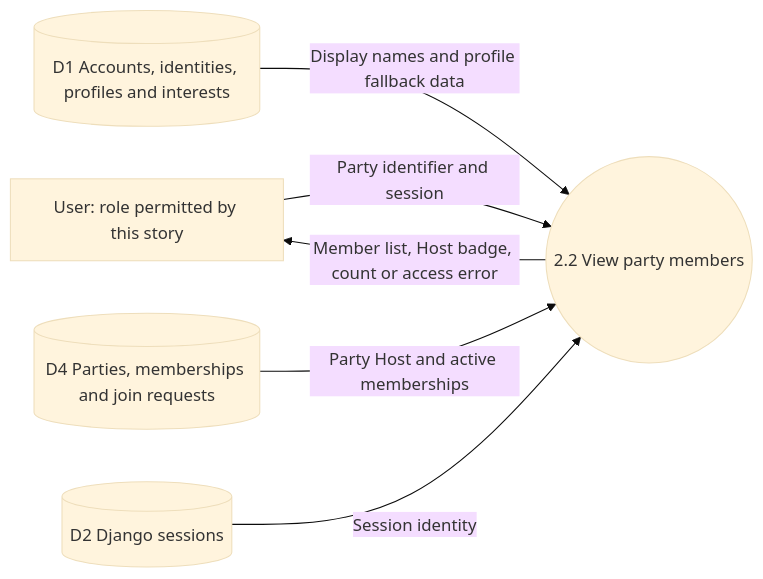
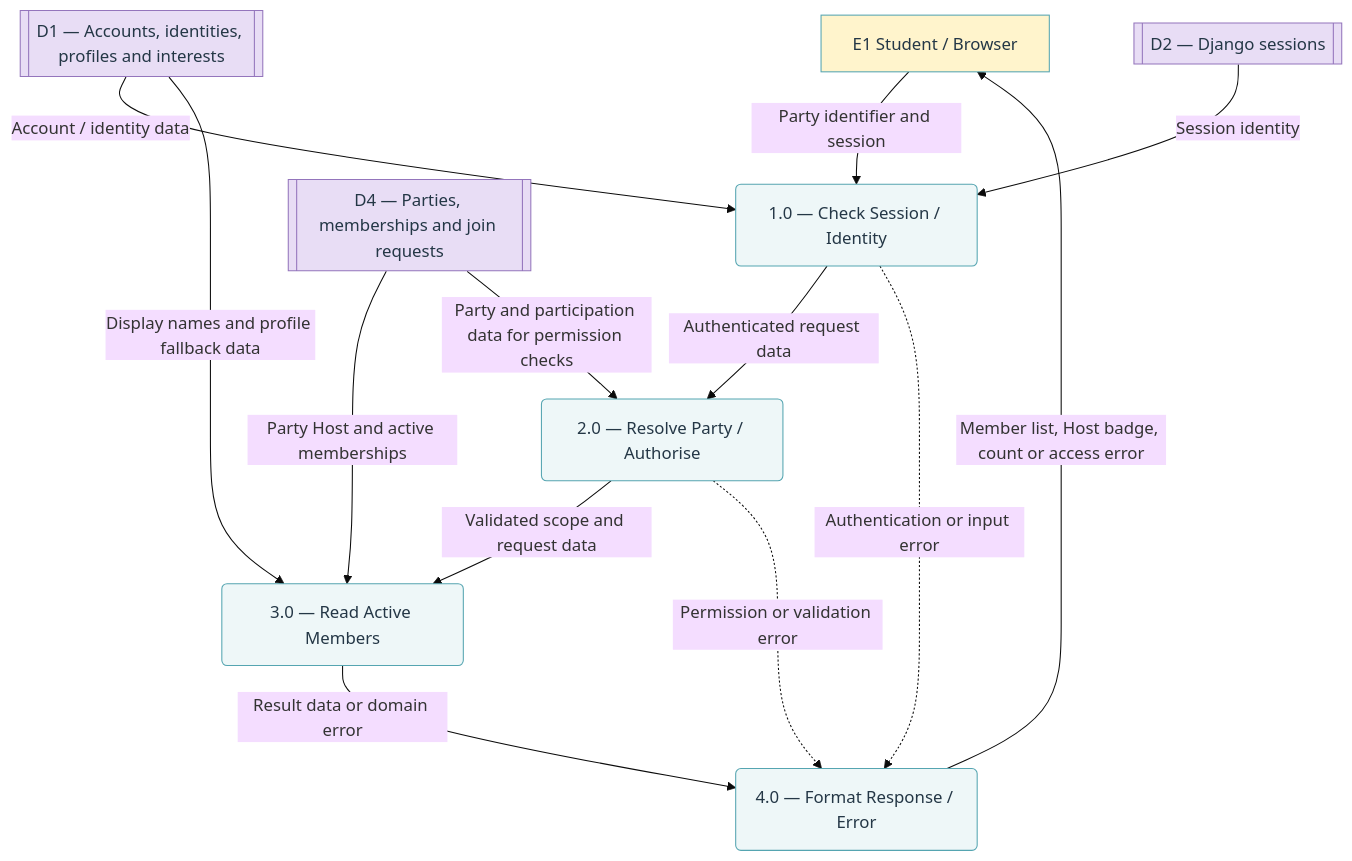
Before and after one commit to GearJP2/cs261-group2-100001: the second of 2 diagrams in docs/diagrams/data-flow/us6/README.md, drawn with Mermaid (base theme). The commit also changed other lines of this file and 40 other files, not shown here.

````diff
--- a/docs/diagrams/data-flow/us6/README.md
+++ b/docs/diagrams/data-flow/us6/README.md
@@ -7,13 +26,26 @@
 ```mermaid
-flowchart LR
-    U["User: role permitted by this story"]
-    P(("2.2 View party members"))
-    D1[("D1 Accounts, identities, profiles and interests")]
-    D2[("D2 Django sessions")]
-    D4[("D4 Parties, memberships and join requests")]
-    U -->|"Party identifier and session"| P
-    P -->|"Member list, Host badge, count or access error"| U
-    D1 -->|"Display names and profile fallback data"| P
-    D4 -->|"Party Host and active memberships"| P
-    D2 -->|"Session identity"| P
+flowchart TB
+    E["E1 Student / Browser"]:::entity
+    P1("1.0 — Check Session / Identity"):::process
+    P2("2.0 — Resolve Party / Authorise"):::process
+    P3("3.0 — Read Active Members"):::process
+    P4("4.0 — Format Response / Error"):::process
+    E -->|"Party identifier and session"| P1
+    P1 -->|"Authenticated request data"| P2
+    P2 -->|"Validated scope and request data"| P3
+    P3 -->|"Result data or domain error"| P4
+    P4 -->|"Member list, Host badge, count or access error"| E
+    P1 -.->|"Authentication or input error"| P4
+    P2 -.->|"Permission or validation error"| P4
+    D1[["D1 — Accounts, identities, profiles and interests"]]:::store
+    D2[["D2 — Django sessions"]]:::store
+    D4[["D4 — Parties, memberships and join requests"]]:::store
+    D1 -->|"Account / identity data"| P1
+    D1 -->|"Display names and profile fallback data"| P3
+    D4 -->|"Party Host and active memberships"| P3
+    D4 -->|"Party and participation data for permission checks"| P2
+    D2 -->|"Session identity"| P1
+    classDef entity fill:#fff4cc,stroke:#55a5b1,color:#243746
+    classDef process fill:#eef7f8,stroke:#55a5b1,color:#243746
+    classDef store fill:#e8ddf5,stroke:#9475bc,color:#243746
 ```
````
